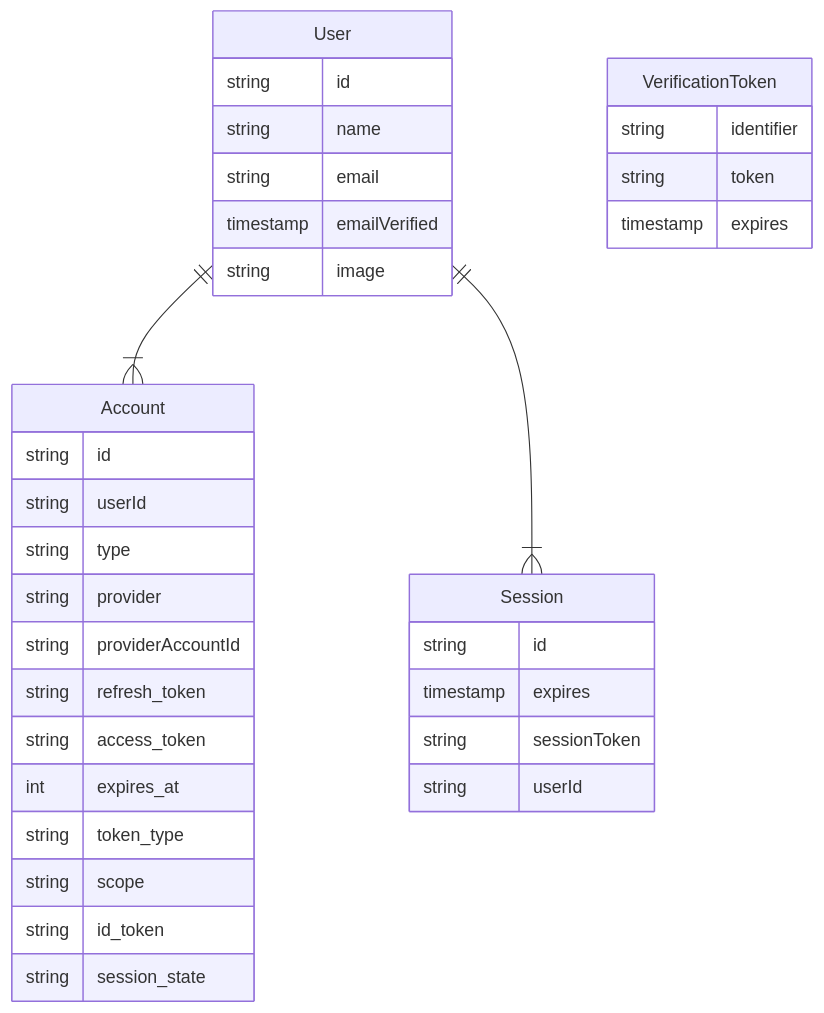
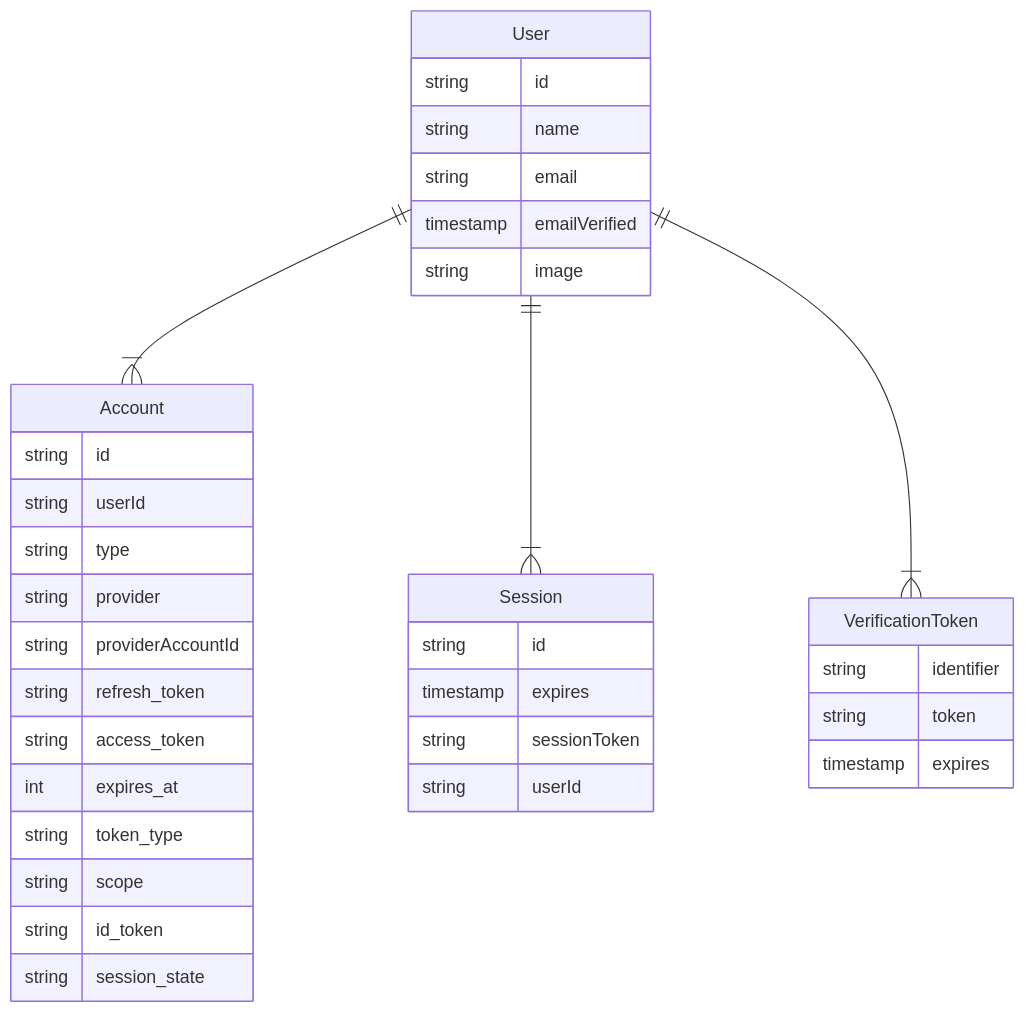
The diagram in docs/docs/getting-started/adapters.mdx (nextauthjs/next-auth), drawn with Mermaid before and after one commit. The commit also changed other lines of this file and 1 other file, not shown here.

````diff
--- a/docs/docs/getting-started/adapters.mdx
+++ b/docs/docs/getting-started/adapters.mdx
@@ -37,37 +37,38 @@
 ```mermaid
 erDiagram
     User ||--|{ Account : ""
     User {
       string id
       string name
       string email
       timestamp emailVerified
       string image
     }
     User ||--|{ Session : ""
     Session {
       string id
       timestamp expires
       string sessionToken
       string userId
     }
     Account {
       string id
       string userId
       string type
       string provider
       string providerAccountId
       string refresh_token
       string access_token
       int expires_at
       string token_type
       string scope
       string id_token
       string session_state
     }
+    User ||--|{ VerificationToken : ""
     VerificationToken {
       string identifier
       string token
       timestamp expires
     }
 ```
````
